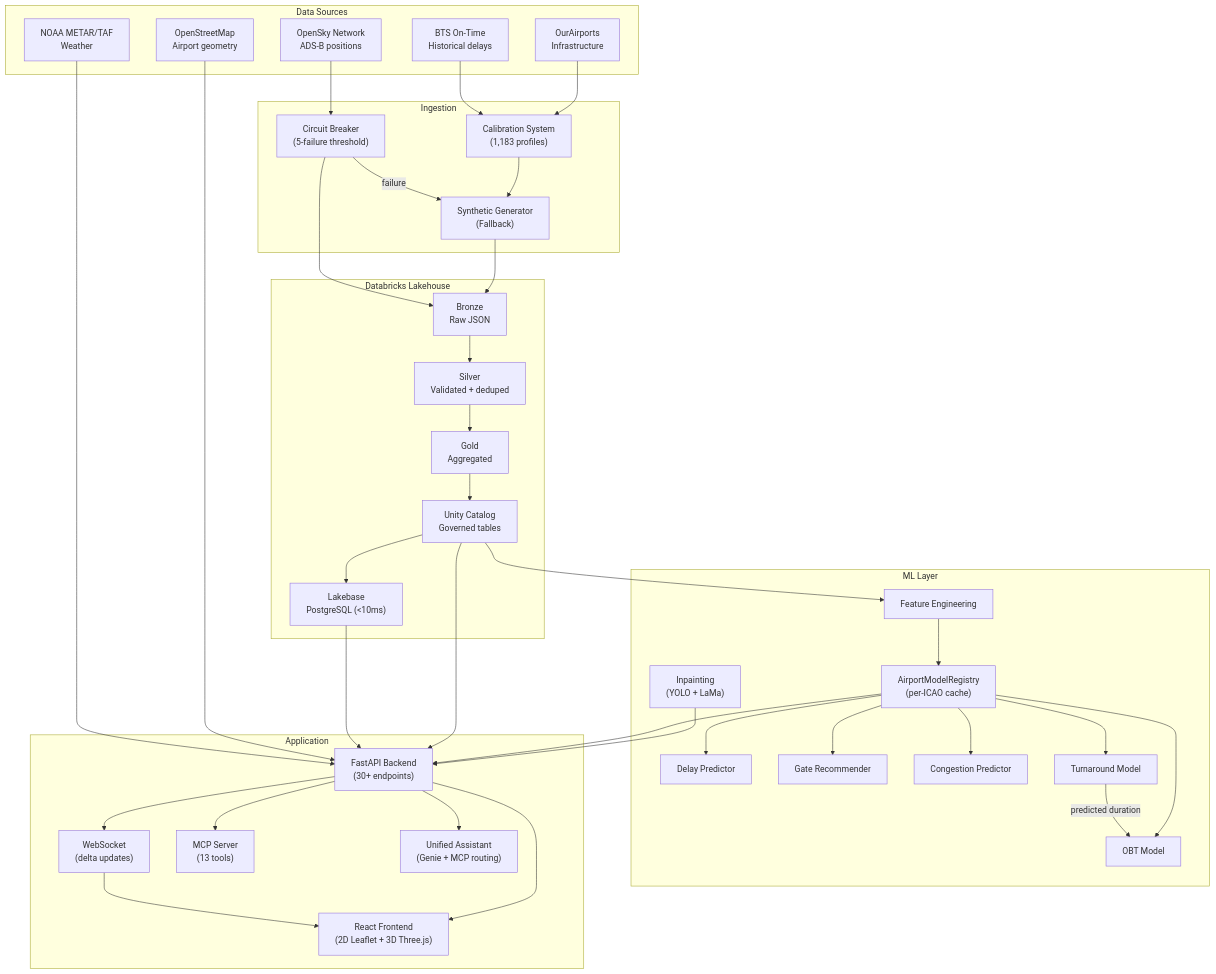
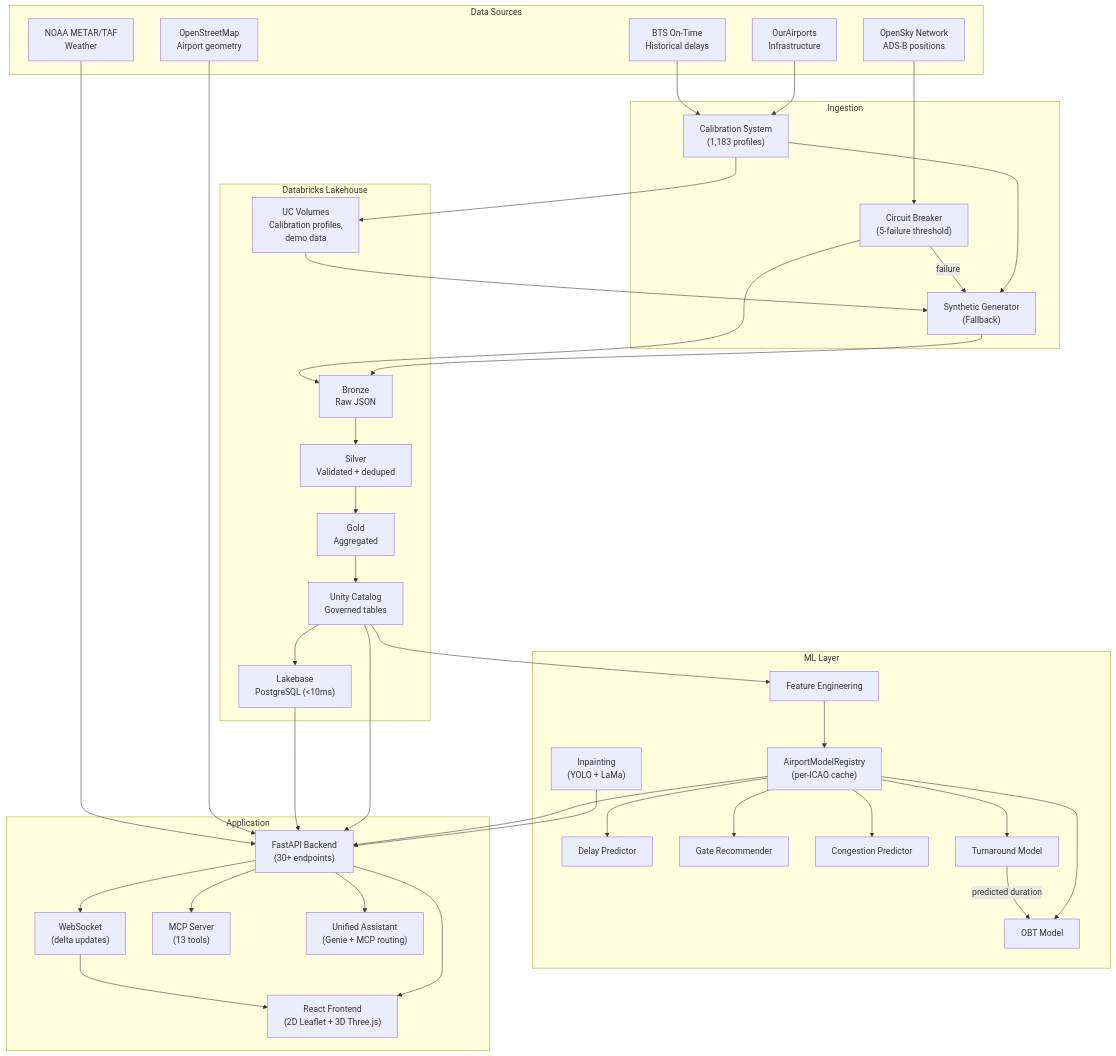
One commit to LaurentPRAT-DB/databricks-airport-digital-twin changed the fourth of 5 diagrams in README.md. Above: the diagram before and after it, drawn with Mermaid. The commit also changed other lines of this file and 4 other files, not shown here.

First line of the commit message:
docs: update documentation to reflect UC Volume storage for calibration profiles

````diff
--- a/README.md
+++ b/README.md
@@ -433,61 +458,64 @@
 ```mermaid
 graph TB
     subgraph "Data Sources"
         OS["OpenSky Network<br/>ADS-B positions"]
         BTS["BTS On-Time<br/>Historical delays"]
         OA["OurAirports<br/>Infrastructure"]
         METAR["NOAA METAR/TAF<br/>Weather"]
         OSM["OpenStreetMap<br/>Airport geometry"]
     end
 
     subgraph "Ingestion"
         CB["Circuit Breaker<br/>(5-failure threshold)"]
         SYN["Synthetic Generator<br/>(Fallback)"]
         CAL["Calibration System<br/>(1,183 profiles)"]
     end
 
     subgraph "Databricks Lakehouse"
         DLT_B["Bronze<br/>Raw JSON"]
         DLT_S["Silver<br/>Validated + deduped"]
         DLT_G["Gold<br/>Aggregated"]
         UC["Unity Catalog<br/>Governed tables"]
+        VOL["UC Volumes<br/>Calibration profiles,<br/>demo data"]
         LB["Lakebase<br/>PostgreSQL (<10ms)"]
     end
 
     subgraph "ML Layer"
         FE["Feature Engineering"]
         REG["AirportModelRegistry<br/>(per-ICAO cache)"]
         DM["Delay Predictor"]
         GM["Gate Recommender"]
         CM["Congestion Predictor"]
         TM["Turnaround Model"]
         OBT["OBT Model"]
         INP["Inpainting<br/>(YOLO + LaMa)"]
         TM -->|predicted duration| OBT
     end
 
     subgraph "Application"
         API["FastAPI Backend<br/>(30+ endpoints)"]
         WS["WebSocket<br/>(delta updates)"]
         UI["React Frontend<br/>(2D Leaflet + 3D Three.js)"]
         MCP["MCP Server<br/>(13 tools)"]
         AST["Unified Assistant<br/>(Genie + MCP routing)"]
     end
 
     OS --> CB --> DLT_B
     CB -->|failure| SYN --> DLT_B
-    BTS & OA --> CAL --> SYN
+    BTS & OA --> CAL --> VOL
+    CAL --> SYN
+    VOL --> SYN
     DLT_B --> DLT_S --> DLT_G --> UC
     UC --> LB
     UC --> FE --> REG --> DM & GM & CM & TM & OBT
     METAR --> API
     OSM --> API
     LB --> API
     UC --> API
     REG --> API
     INP --> API
     API --> WS --> UI
     API --> UI
     API --> MCP
     API --> AST
 ```
````
